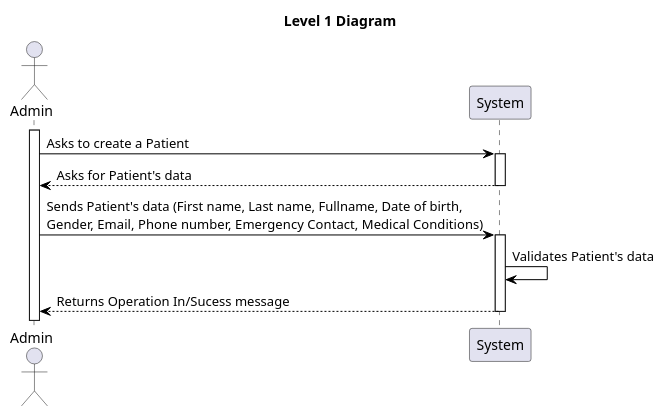
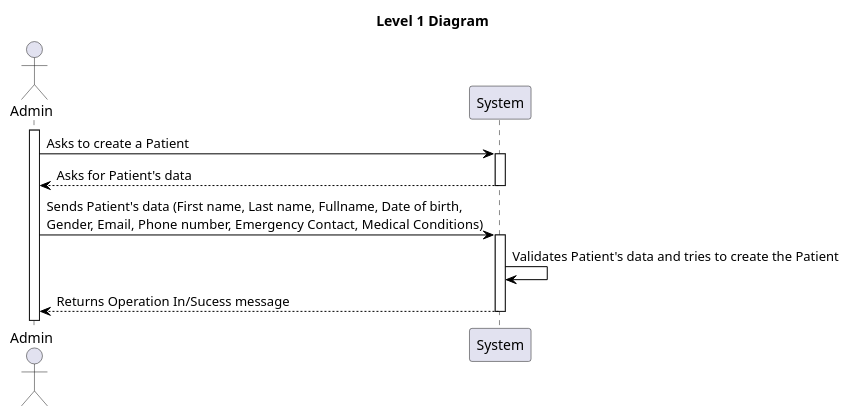
Before and after one commit to vscosousa/LAPR5_3DC_G15: the diagram in docs/sprint_A/us_5.1.8/level_1/puml/level_1.puml, drawn with PlantUML. The commit also changed 27 other files, not shown here.

```diff
--- a/docs/sprint_A/us_5.1.8/level_1/puml/level_1.puml
+++ b/docs/sprint_A/us_5.1.8/level_1/puml/level_1.puml
@@ -1,33 +1,33 @@
 @startuml level_1
 
 title Level 1 Diagram
 
 hide empty members
 'skinparam Linetype ortho
 
 skinparam class {
     BackgroundColor<<valueObject>> #D6EAF8
     BackgroundColor<<root>> #FDEBD0
     BackgroundColor<<service>> #D1F2EB
     BackgroundColor #FEF9E7
     ArrowColor Black
 }
 
 skinparam package {
     BackgroundColor #EBF5FB
 }
 
 actor Admin as A
 
 activate A
 A -> System: Asks to create a Patient
 activate System
 System --> A: Asks for Patient's data
 deactivate System
 A -> System: Sends Patient's data (First name, Last name, Fullname, Date of birth, \nGender, Email, Phone number, Emergency Contact, Medical Conditions)
 activate System
-System -> System: Validates Patient's data
+System -> System: Validates Patient's data and tries to create the Patient
 System --> A: Returns Operation In/Sucess message
 deactivate System
 
 @enduml
```
